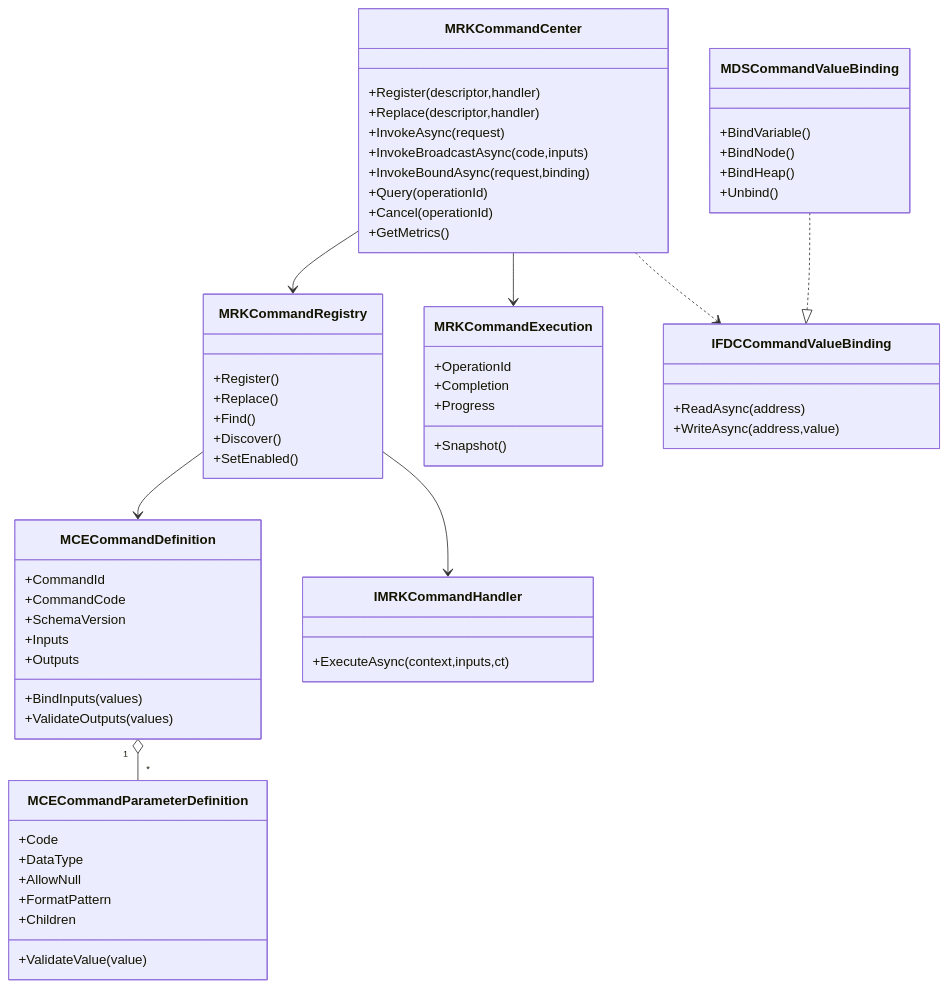
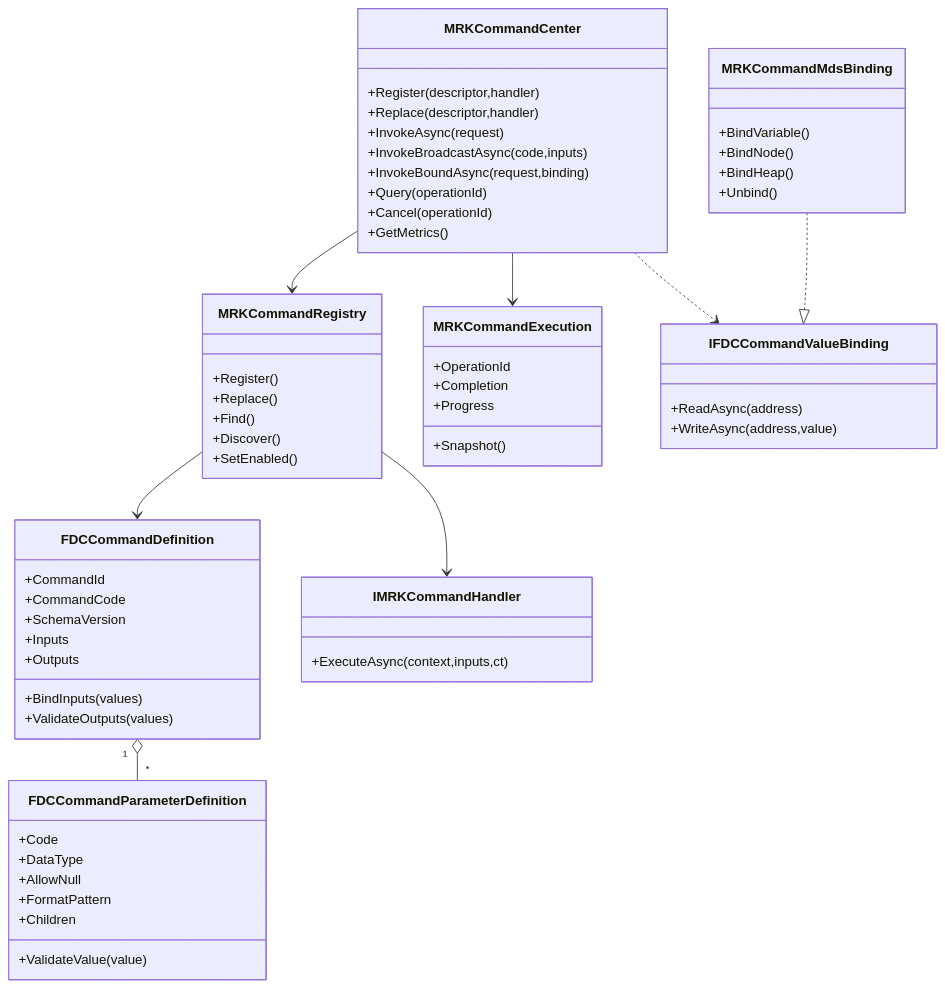
Before and after one commit to oudream/cx-visual-x3: the first of 2 diagrams in DOCS/Implementation/CxVisual_统一命令中心——源码审查与增量验收_V1.0.md, drawn with Mermaid. The commit also changed other lines of this file and 17 other files, not shown here.

````diff
--- a/DOCS/Implementation/CxVisual_统一命令中心——源码审查与增量验收_V1.0.md
+++ b/DOCS/Implementation/CxVisual_统一命令中心——源码审查与增量验收_V1.0.md
@@ -88,63 +88,63 @@
 ```mermaid
 classDiagram
-    class MCECommandDefinition {
+    class FDCCommandDefinition {
       +CommandId
       +CommandCode
       +SchemaVersion
       +Inputs
       +Outputs
       +BindInputs(values)
       +ValidateOutputs(values)
     }
-    class MCECommandParameterDefinition {
+    class FDCCommandParameterDefinition {
       +Code
       +DataType
       +AllowNull
       +FormatPattern
       +Children
       +ValidateValue(value)
     }
     class MRKCommandCenter {
       +Register(descriptor,handler)
       +Replace(descriptor,handler)
       +InvokeAsync(request)
       +InvokeBroadcastAsync(code,inputs)
       +InvokeBoundAsync(request,binding)
       +Query(operationId)
       +Cancel(operationId)
       +GetMetrics()
     }
     class MRKCommandRegistry {
       +Register()
       +Replace()
       +Find()
       +Discover()
       +SetEnabled()
     }
     class MRKCommandExecution {
       +OperationId
       +Completion
       +Progress
       +Snapshot()
     }
     class IMRKCommandHandler {
       +ExecuteAsync(context,inputs,ct)
     }
     class IFDCCommandValueBinding {
       +ReadAsync(address)
       +WriteAsync(address,value)
     }
-    class MDSCommandValueBinding {
+    class MRKCommandMdsBinding {
       +BindVariable()
       +BindNode()
       +BindHeap()
       +Unbind()
     }
-    MCECommandDefinition "1" o-- "*" MCECommandParameterDefinition
+    FDCCommandDefinition "1" o-- "*" FDCCommandParameterDefinition
     MRKCommandCenter --> MRKCommandRegistry
     MRKCommandRegistry --> IMRKCommandHandler
-    MRKCommandRegistry --> MCECommandDefinition
+    MRKCommandRegistry --> FDCCommandDefinition
     MRKCommandCenter --> MRKCommandExecution
     MRKCommandCenter ..> IFDCCommandValueBinding
-    MDSCommandValueBinding ..|> IFDCCommandValueBinding
+    MRKCommandMdsBinding ..|> IFDCCommandValueBinding
 ```
````
